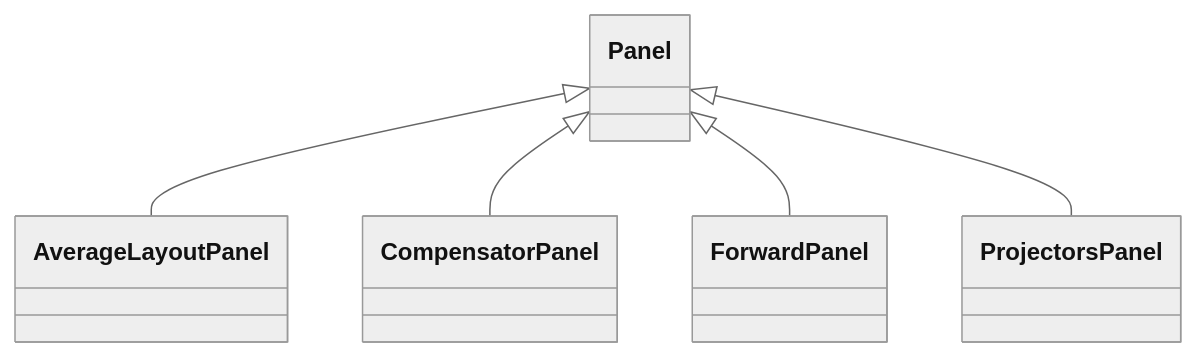
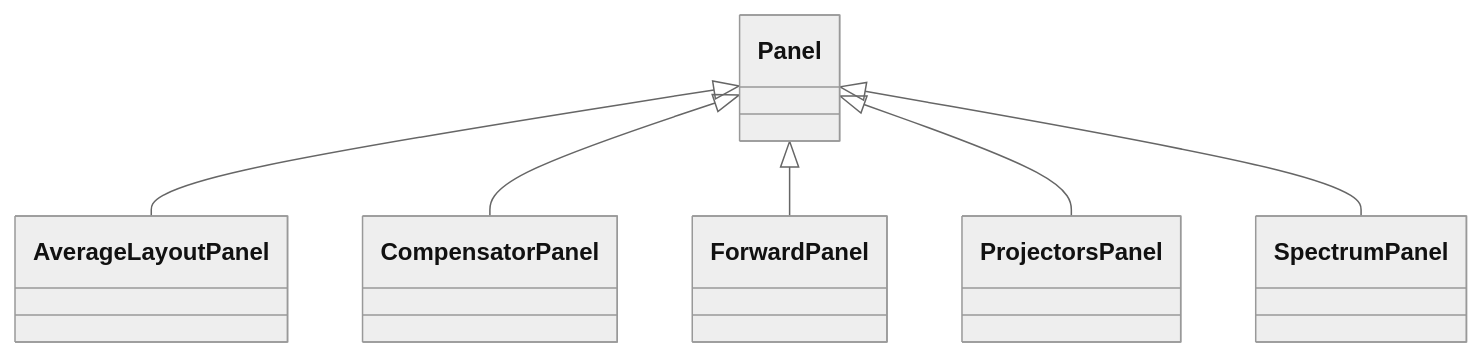
One commit to mne-tools/mne-cpp changed the diagram in doc/website/docs/api/viz/panel.mdx. Above: the diagram before and after it, drawn with Mermaid (neutral theme). The commit also changed other lines of this file and 43 other files, not shown here.

````diff
--- a/doc/website/docs/api/viz/panel.mdx
+++ b/doc/website/docs/api/viz/panel.mdx
@@ -39,11 +39,13 @@
 ```mermaid
 classDiagram
     Panel <|-- AverageLayoutPanel
     click AverageLayoutPanel href "../../viz/average-layout-panel/"
     Panel <|-- CompensatorPanel
     click CompensatorPanel href "../../viz/compensator-panel/"
     Panel <|-- ForwardPanel
     click ForwardPanel href "../../viz/forward-panel/"
     Panel <|-- ProjectorsPanel
     click ProjectorsPanel href "../../viz/projectors-panel/"
+    Panel <|-- SpectrumPanel
+    click SpectrumPanel href "../../viz/spectrum-panel/"
 ```
````
